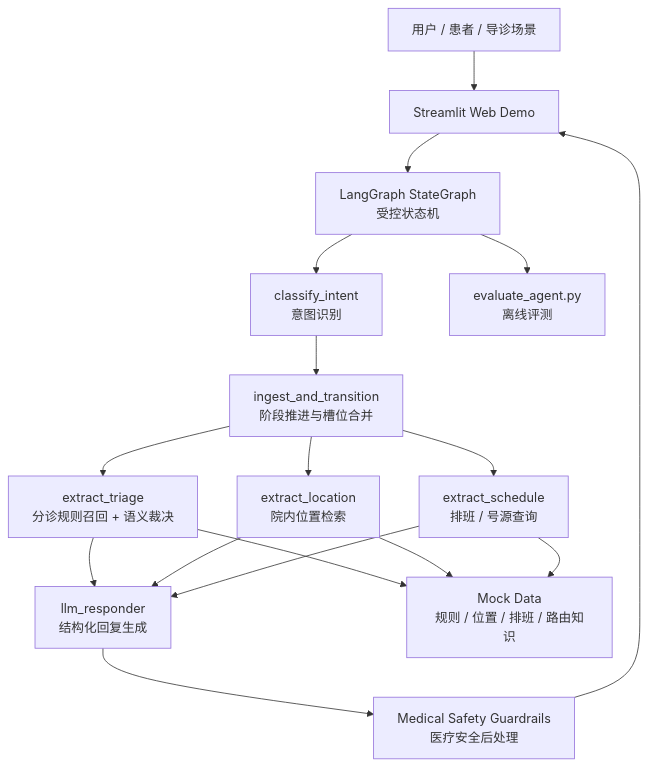
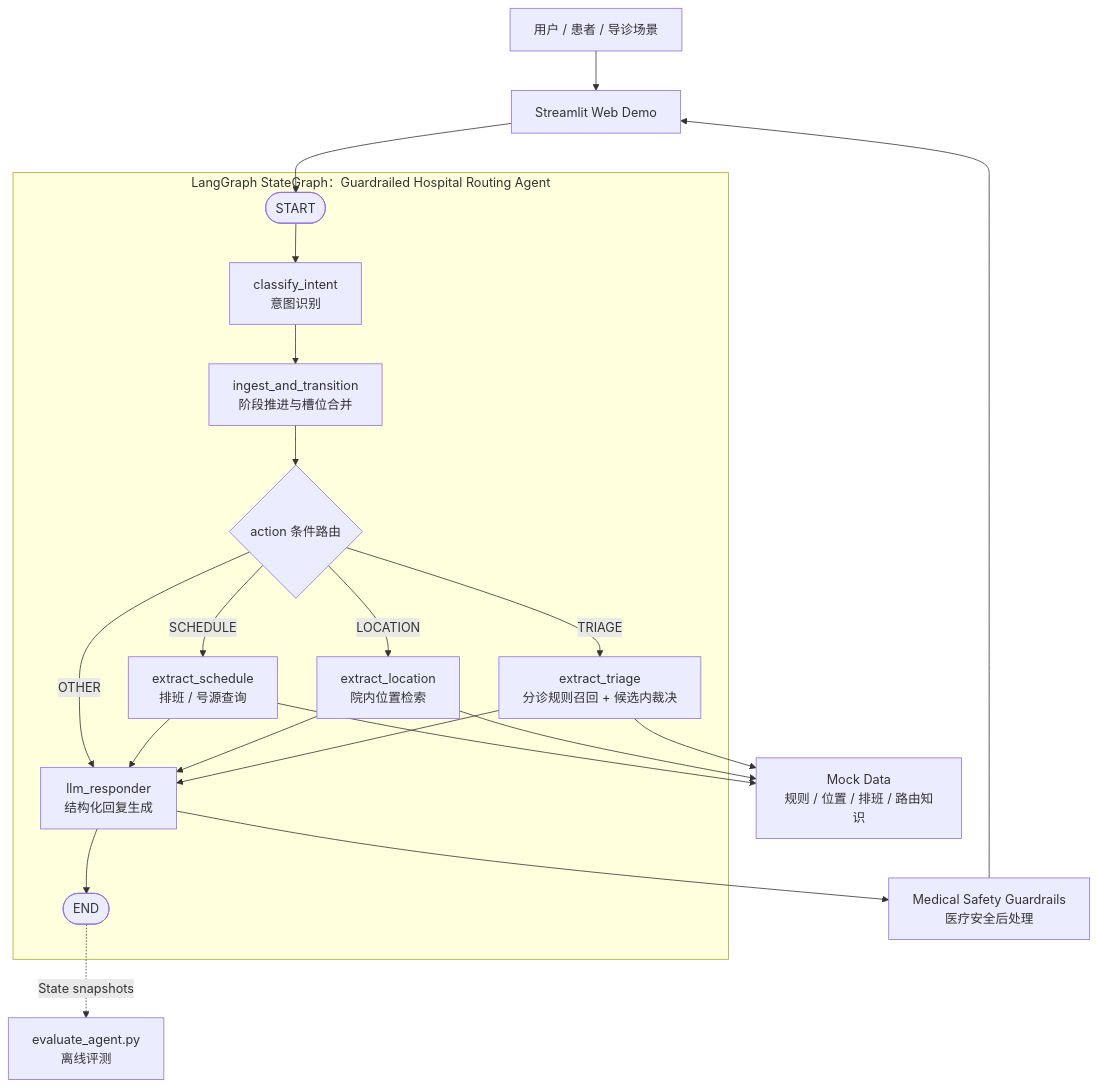
Before and after one commit to xli561980-ship-it/Hospital_Agent: the diagram in docs/architecture.md, drawn with Mermaid. The commit also changed other lines of this file and 2 other files, not shown here.

Commit message:
Refine agent solution narrative

````diff
--- a/docs/architecture.md
+++ b/docs/architecture.md
@@ -16,32 +16,34 @@
 ```mermaid
 flowchart TB
     U["用户 / 患者 / 导诊场景"]
     WEB["Streamlit Web Demo"]
-    GRAPH["LangGraph StateGraph<br/>受控状态机"]
-    INTENT["classify_intent<br/>意图识别"]
-    TRANSITION["ingest_and_transition<br/>阶段推进与槽位合并"]
-    TRIAGE["extract_triage<br/>分诊规则召回 + 语义裁决"]
-    LOCATION["extract_location<br/>院内位置检索"]
-    SCHEDULE["extract_schedule<br/>排班 / 号源查询"]
-    RESP["llm_responder<br/>结构化回复生成"]
+    DATA["Mock Data<br/>规则 / 位置 / 排班 / 路由知识"]
     GUARD["Medical Safety Guardrails<br/>医疗安全后处理"]
-    DATA["Mock Data<br/>规则 / 位置 / 排班 / 路由知识"]
     EVAL["evaluate_agent.py<br/>离线评测"]
 
-    U --> WEB
-    WEB --> GRAPH
-    GRAPH --> INTENT
-    INTENT --> TRANSITION
-    TRANSITION --> TRIAGE
-    TRANSITION --> LOCATION
-    TRANSITION --> SCHEDULE
+    subgraph GRAPH["LangGraph StateGraph：Guardrailed Hospital Routing Agent"]
+        START([START])
+        INTENT["classify_intent<br/>意图识别"]
+        TRANSITION["ingest_and_transition<br/>阶段推进与槽位合并"]
+        ROUTE{"action 条件路由"}
+        TRIAGE["extract_triage<br/>分诊规则召回 + 候选内裁决"]
+        LOCATION["extract_location<br/>院内位置检索"]
+        SCHEDULE["extract_schedule<br/>排班 / 号源查询"]
+        RESP["llm_responder<br/>结构化回复生成"]
+        END_NODE([END])
+
+        START --> INTENT --> TRANSITION --> ROUTE
+        ROUTE -->|"TRIAGE"| TRIAGE --> RESP
+        ROUTE -->|"LOCATION"| LOCATION --> RESP
+        ROUTE -->|"SCHEDULE"| SCHEDULE --> RESP
+        ROUTE -->|"OTHER"| RESP
+        RESP --> END_NODE
+    end
+
+    U --> WEB --> START
     TRIAGE --> DATA
     LOCATION --> DATA
     SCHEDULE --> DATA
-    TRIAGE --> RESP
-    LOCATION --> RESP
-    SCHEDULE --> RESP
-    RESP --> GUARD
-    GUARD --> WEB
-    GRAPH --> EVAL
+    RESP --> GUARD --> WEB
+    END_NODE -. "State snapshots" .-> EVAL
 ```
````
